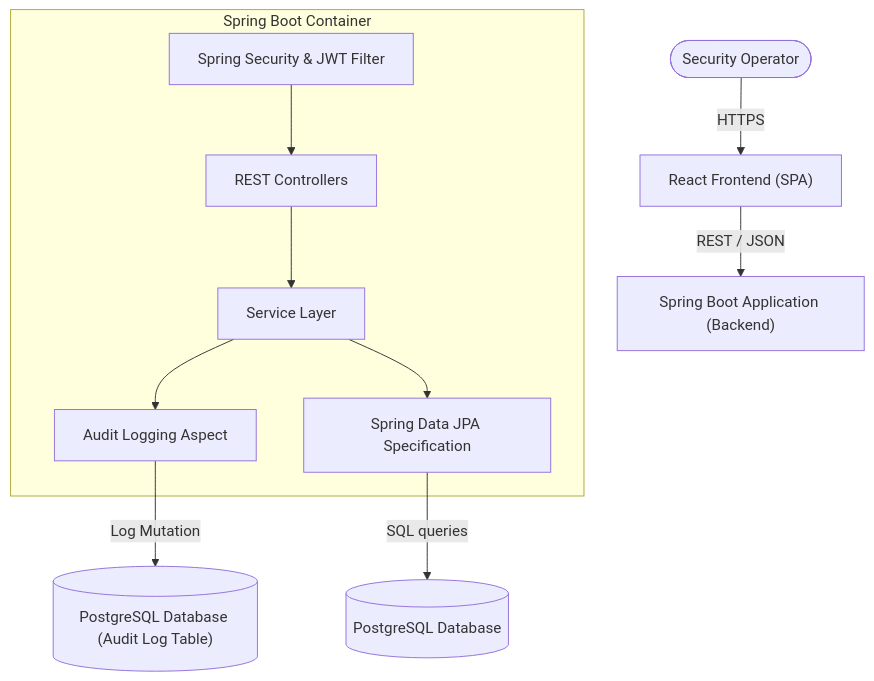
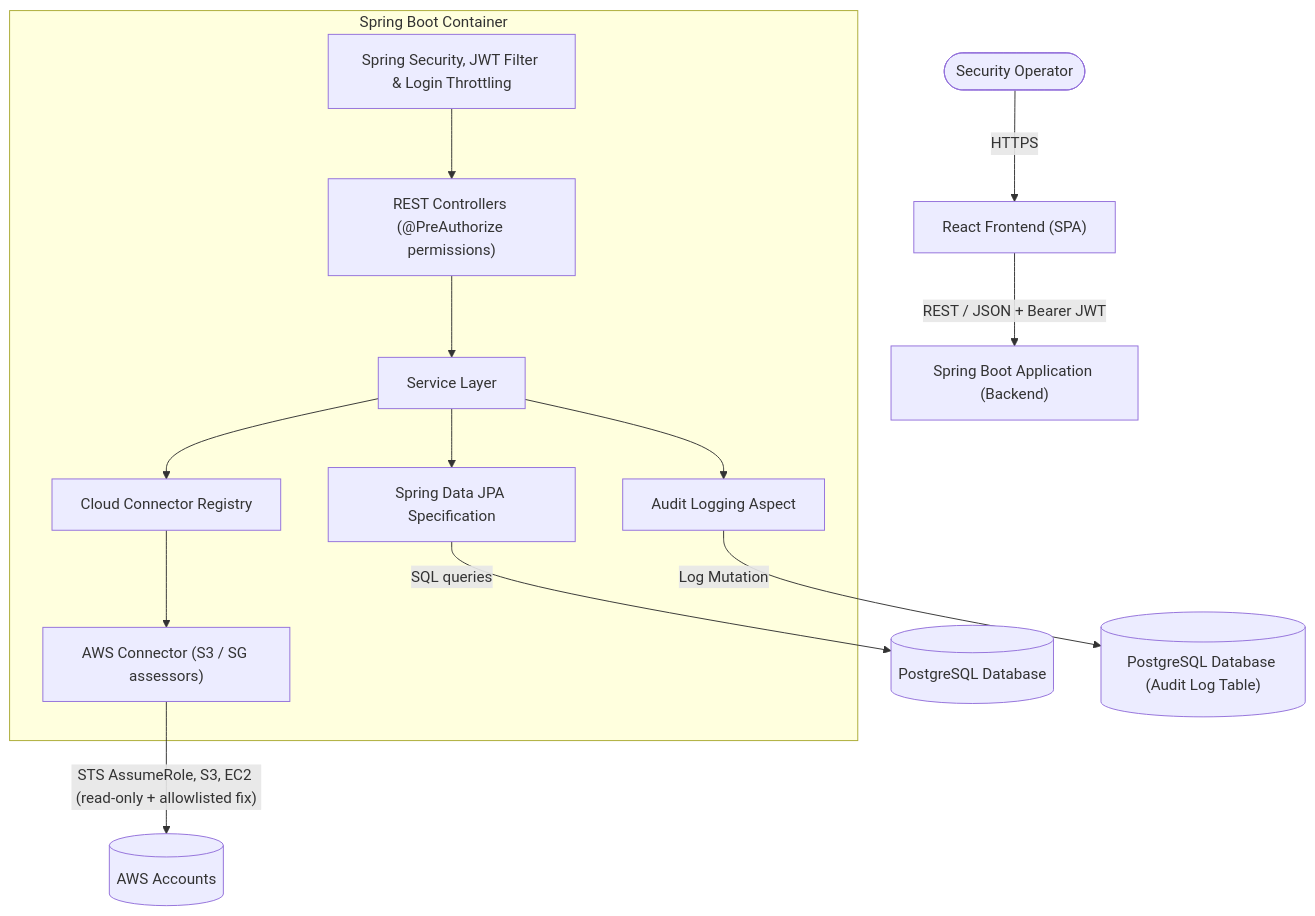
The first of 3 diagrams in README.md (IntertecAitools/Secops_SENTINELCORE_App), drawn with Mermaid before and after one commit. The commit also changed other lines of this file and 115 other files, not shown here.

````diff
--- a/README.md
+++ b/README.md
@@ -94,15 +124,18 @@
 ```mermaid
 graph TD
     User([Security Operator]) -->|HTTPS| React["React Frontend (SPA)"]
-    React -->|REST / JSON| Spring["Spring Boot Application (Backend)"]
-    
+    React -->|REST / JSON + Bearer JWT| Spring["Spring Boot Application (Backend)"]
+
     subgraph Spring Boot Container
-        Security["Spring Security & JWT Filter"] --> Controller["REST Controllers"]
+        Security["Spring Security, JWT Filter & Login Throttling"] --> Controller["REST Controllers (@PreAuthorize permissions)"]
         Controller --> Service["Service Layer"]
         Service --> AOP["Audit Logging Aspect"]
         Service --> JPA["Spring Data JPA Specification"]
+        Service --> Registry["Cloud Connector Registry"]
+        Registry --> AwsConn["AWS Connector (S3 / SG assessors)"]
     end
-    
+
     JPA -->|SQL queries| Postgres[("PostgreSQL Database")]
     AOP -->|Log Mutation| DBLog[("PostgreSQL Database (Audit Log Table)")]
+    AwsConn -->|"STS AssumeRole, S3, EC2 (read-only + allowlisted fix)"| AWS[("AWS Accounts")]
 ```
````
